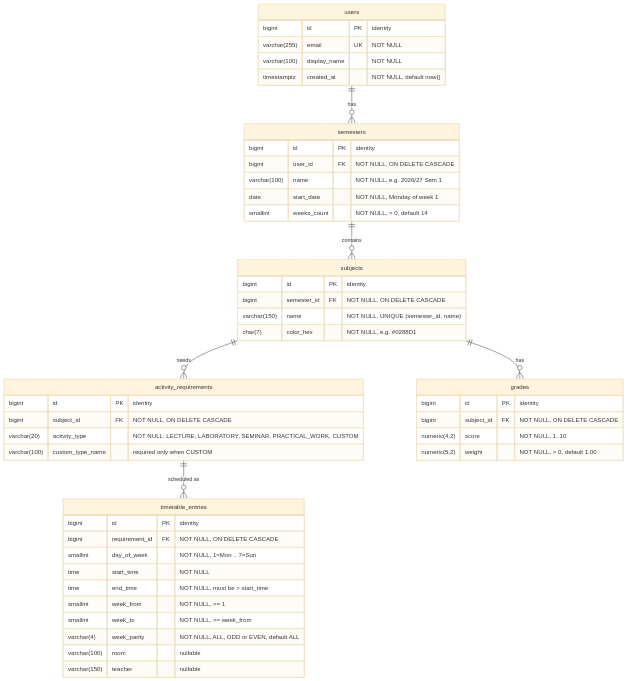
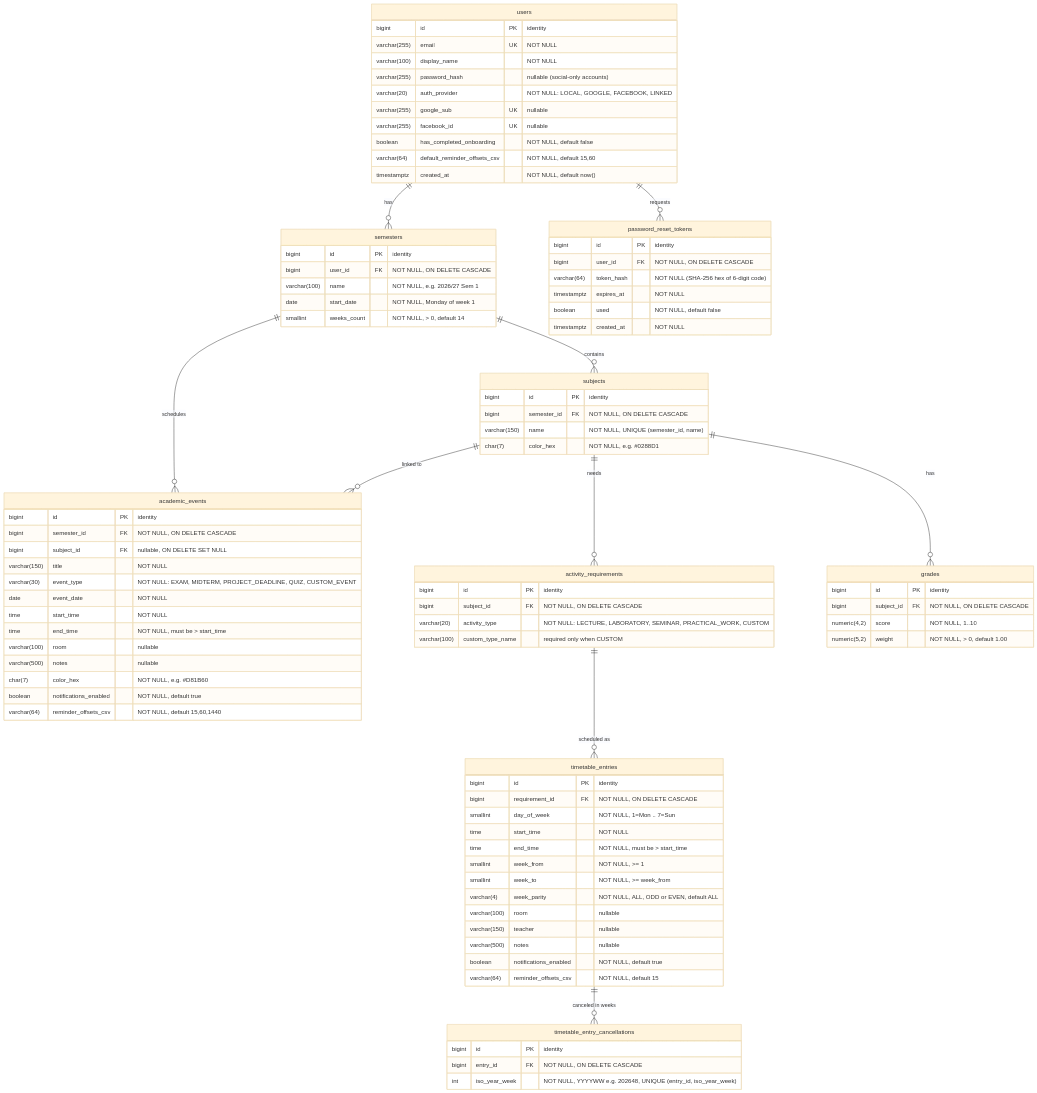
One commit to Pcarioca/Sudo_Sleep changed the diagram in docs/database.md. Above: the diagram before and after it, drawn with Mermaid (base theme). The commit also changed other lines of this file and 134 other files, not shown here.

````diff
--- a/docs/database.md
+++ b/docs/database.md
@@ -6,16 +6,35 @@
 ```mermaid
 erDiagram
     users ||--o{ semesters : "has"
+    users ||--o{ password_reset_tokens : "requests"
     semesters ||--o{ subjects : "contains"
+    semesters ||--o{ academic_events : "schedules"
     subjects ||--o{ activity_requirements : "needs"
     subjects ||--o{ grades : "has"
+    subjects ||--o{ academic_events : "linked to"
     activity_requirements ||--o{ timetable_entries : "scheduled as"
+    timetable_entries ||--o{ timetable_entry_cancellations : "canceled in weeks"
 
     users {
         bigint id PK "identity"
         varchar(255) email UK "NOT NULL"
         varchar(100) display_name "NOT NULL"
+        varchar(255) password_hash "nullable (social-only accounts)"
+        varchar(20) auth_provider "NOT NULL: LOCAL, GOOGLE, FACEBOOK, LINKED"
+        varchar(255) google_sub UK "nullable"
+        varchar(255) facebook_id UK "nullable"
+        boolean has_completed_onboarding "NOT NULL, default false"
+        varchar(64) default_reminder_offsets_csv "NOT NULL, default 15,60"
         timestamptz created_at "NOT NULL, default now()"
+    }
+
+    password_reset_tokens {
+        bigint id PK "identity"
+        bigint user_id FK "NOT NULL, ON DELETE CASCADE"
+        varchar(64) token_hash "NOT NULL (SHA-256 hex of 6-digit code)"
+        timestamptz expires_at "NOT NULL"
+        boolean used "NOT NULL, default false"
+        timestamptz created_at "NOT NULL"
     }
 
     semesters {
@@ -51,6 +70,15 @@
         varchar(4) week_parity "NOT NULL, ALL, ODD or EVEN, default ALL"
         varchar(100) room "nullable"
         varchar(150) teacher "nullable"
+        varchar(500) notes "nullable"
+        boolean notifications_enabled "NOT NULL, default true"
+        varchar(64) reminder_offsets_csv "NOT NULL, default 15"
+    }
+
+    timetable_entry_cancellations {
+        bigint id PK "identity"
+        bigint entry_id FK "NOT NULL, ON DELETE CASCADE"
+        int iso_year_week "NOT NULL, YYYYWW e.g. 202648, UNIQUE (entry_id, iso_year_week)"
     }
 
     grades {
@@ -59,4 +87,20 @@
         numeric(4,2) score "NOT NULL, 1..10"
         numeric(5,2) weight "NOT NULL, > 0, default 1.00"
     }
+
+    academic_events {
+        bigint id PK "identity"
+        bigint semester_id FK "NOT NULL, ON DELETE CASCADE"
+        bigint subject_id FK "nullable, ON DELETE SET NULL"
+        varchar(150) title "NOT NULL"
+        varchar(30) event_type "NOT NULL: EXAM, MIDTERM, PROJECT_DEADLINE, QUIZ, CUSTOM_EVENT"
+        date event_date "NOT NULL"
+        time start_time "NOT NULL"
+        time end_time "NOT NULL, must be > start_time"
+        varchar(100) room "nullable"
+        varchar(500) notes "nullable"
+        char(7) color_hex "NOT NULL, e.g. #D81B60"
+        boolean notifications_enabled "NOT NULL, default true"
+        varchar(64) reminder_offsets_csv "NOT NULL, default 15,60,1440"
+    }
 ```
````
